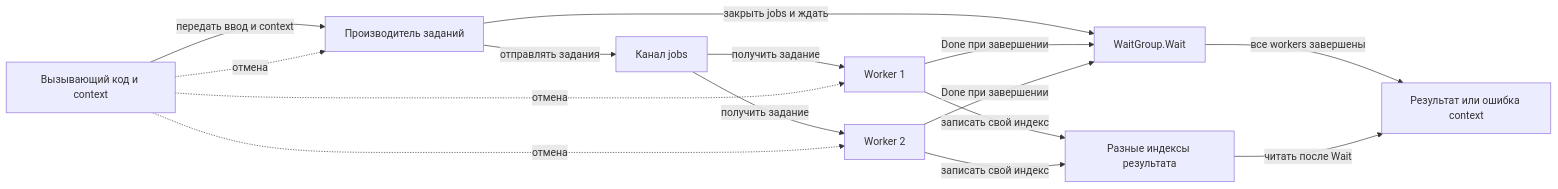
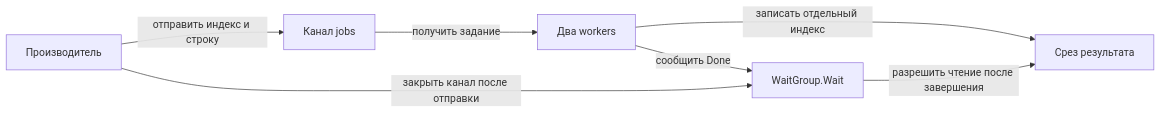
One commit to IAMN1/devrefsnap changed the diagram in go/concurrency-and-testing.md. Above: the diagram before and after it, drawn with Mermaid. The commit also changed other lines of this file and 14 other files, not shown here.

````diff
--- a/go/concurrency-and-testing.md
+++ b/go/concurrency-and-testing.md
@@ -19,17 +41,9 @@
 ```mermaid
 flowchart LR
-    A[Вызывающий код и context] -->|передать ввод и context| P[Производитель заданий]
-    P -->|отправлять задания| C[Канал jobs]
-    C -->|получить задание| W1[Worker 1]
-    C -->|получить задание| W2[Worker 2]
-    W1 -->|записать свой индекс| R[Разные индексы результата]
-    W2 -->|записать свой индекс| R
-    P -->|закрыть jobs и ждать| G[WaitGroup.Wait]
-    W1 -->|Done при завершении| G
-    W2 -->|Done при завершении| G
-    G -->|все workers завершены| O[Результат или ошибка context]
-    R -->|читать после Wait| O
-    A -. отмена .-> P
-    A -. отмена .-> W1
-    A -. отмена .-> W2
+    P[Производитель] -->|отправить индекс и строку| C[Канал jobs]
+    C -->|получить задание| W[Два workers]
+    W -->|записать отдельный индекс| R[Срез результата]
+    P -->|закрыть канал после отправки| G[WaitGroup.Wait]
+    W -->|сообщить Done| G
+    G -->|разрешить чтение после завершения| R
 ```
````
